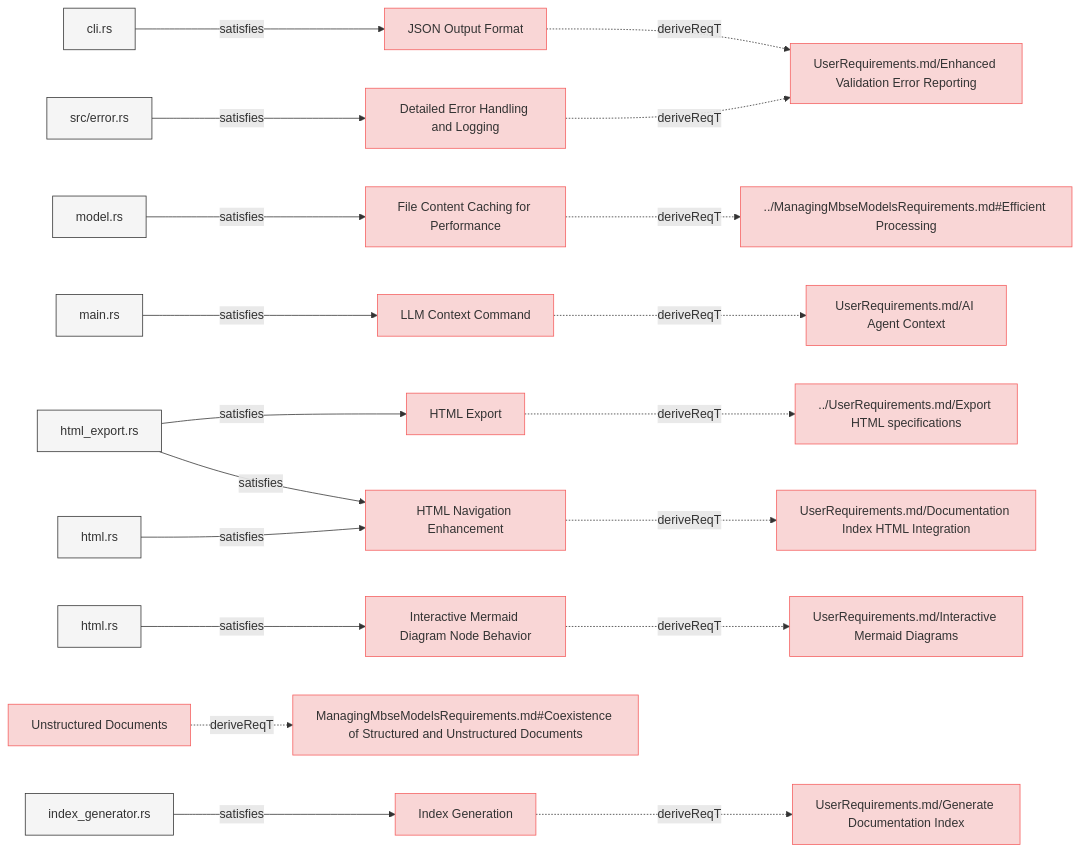
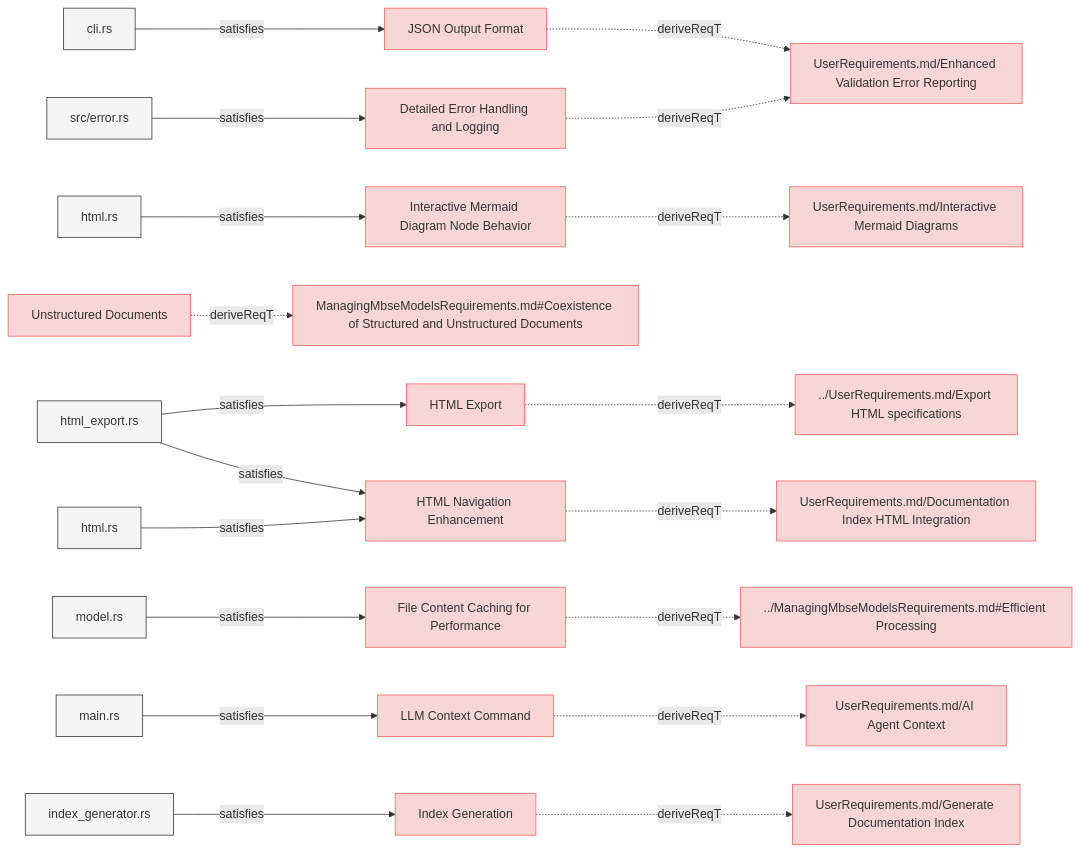
One commit to reqvire-org/reqvire changed the third of 8 diagrams in specifications/SystemRequirements/Requirements.md. Above: the diagram before and after it, drawn with Mermaid. The commit also changed other lines of this file and 21 other files, not shown here.

````diff
--- a/specifications/SystemRequirements/Requirements.md
+++ b/specifications/SystemRequirements/Requirements.md
@@ -236,97 +236,97 @@
   classDef externalLink fill:#d0e0ff,stroke:#3080ff,stroke-width:1px;
   classDef default fill:#f5f5f5,stroke:#333333,stroke-width:1px;
 
-  34955d64b2f2498a["JSON Output Format"];
-  click 34955d64b2f2498a "https://github.com/ilijaljubicic/Reqvire/blob/8a68ca1eab81bac7964085e47777a0a92447c6a5/specifications/SystemRequirements/Requirements.md#json-output-format";
-  class 34955d64b2f2498a requirement;
-  20193d4c951bb5d8["UserRequirements.md/Enhanced Validation Error Reporting"];
-  class 20193d4c951bb5d8 requirement;
-  click 20193d4c951bb5d8 "https://github.com/ilijaljubicic/Reqvire/blob/8a68ca1eab81bac7964085e47777a0a92447c6a5/specifications/UserRequirements.md#enhanced-validation-error-reporting";
-  34955d64b2f2498a -.->|deriveReqT| 20193d4c951bb5d8;
-  5fe26772336463bc["cli.rs"];
-  class 5fe26772336463bc default;
-  click 5fe26772336463bc "https://github.com/ilijaljubicic/Reqvire/blob/8a68ca1eab81bac7964085e47777a0a92447c6a5/cli/src/cli.rs";
-  5fe26772336463bc -->|satisfies| 34955d64b2f2498a;
-  d0ab992050899c65["Detailed Error Handling and Logging"];
-  click d0ab992050899c65 "https://github.com/ilijaljubicic/Reqvire/blob/8a68ca1eab81bac7964085e47777a0a92447c6a5/specifications/SystemRequirements/Requirements.md#detailed-error-handling-and-logging";
-  class d0ab992050899c65 requirement;
-  d0ab992050899c65 -.->|deriveReqT| 20193d4c951bb5d8;
-  7d8c02914ff6562f["src/error.rs"];
-  class 7d8c02914ff6562f default;
-  click 7d8c02914ff6562f "https://github.com/ilijaljubicic/Reqvire/blob/8a68ca1eab81bac7964085e47777a0a92447c6a5/core/src/error.rs";
-  7d8c02914ff6562f -->|satisfies| d0ab992050899c65;
-  6fda52e049427373["File Content Caching for Performance"];
-  click 6fda52e049427373 "https://github.com/ilijaljubicic/Reqvire/blob/8a68ca1eab81bac7964085e47777a0a92447c6a5/specifications/SystemRequirements/Requirements.md#file-content-caching-for-performance";
-  class 6fda52e049427373 requirement;
-  b6c8faf2d138c14a["../ManagingMbseModelsRequirements.md#Efficient Processing"];
-  class b6c8faf2d138c14a requirement;
-  click b6c8faf2d138c14a "https://github.com/ilijaljubicic/Reqvire/blob/8a68ca1eab81bac7964085e47777a0a92447c6a5/specifications/ManagingMbseModelsRequirements.md#efficient-processing";
-  6fda52e049427373 -.->|deriveReqT| b6c8faf2d138c14a;
-  2671722513a08b18["model.rs"];
-  class 2671722513a08b18 default;
-  click 2671722513a08b18 "https://github.com/ilijaljubicic/Reqvire/blob/8a68ca1eab81bac7964085e47777a0a92447c6a5/core/src/model.rs";
-  2671722513a08b18 -->|satisfies| 6fda52e049427373;
-  9bd5bfd010597a61["LLM Context Command"];
-  click 9bd5bfd010597a61 "https://github.com/ilijaljubicic/Reqvire/blob/8a68ca1eab81bac7964085e47777a0a92447c6a5/specifications/SystemRequirements/Requirements.md#llm-context-command";
-  class 9bd5bfd010597a61 requirement;
-  c5fffc3cd9f22134["UserRequirements.md/AI Agent Context"];
-  class c5fffc3cd9f22134 requirement;
-  click c5fffc3cd9f22134 "https://github.com/ilijaljubicic/Reqvire/blob/8a68ca1eab81bac7964085e47777a0a92447c6a5/specifications/UserRequirements.md#ai-agent-context";
-  9bd5bfd010597a61 -.->|deriveReqT| c5fffc3cd9f22134;
-  f6af4e23e0321ea9["main.rs"];
-  class f6af4e23e0321ea9 default;
-  click f6af4e23e0321ea9 "https://github.com/ilijaljubicic/Reqvire/blob/8a68ca1eab81bac7964085e47777a0a92447c6a5/cli/src/main.rs";
-  f6af4e23e0321ea9 -->|satisfies| 9bd5bfd010597a61;
-  e0125fd451efef8b["HTML Export"];
-  click e0125fd451efef8b "https://github.com/ilijaljubicic/Reqvire/blob/8a68ca1eab81bac7964085e47777a0a92447c6a5/specifications/SystemRequirements/Requirements.md#html-export";
-  class e0125fd451efef8b requirement;
-  6424b4fd0b132482["../UserRequirements.md/Export HTML specifications"];
-  class 6424b4fd0b132482 requirement;
-  click 6424b4fd0b132482 "https://github.com/ilijaljubicic/Reqvire/blob/8a68ca1eab81bac7964085e47777a0a92447c6a5/specifications/UserRequirements.md#export-html-specifications";
-  e0125fd451efef8b -.->|deriveReqT| 6424b4fd0b132482;
-  263d4f4f6c5b0e15["html_export.rs"];
-  class 263d4f4f6c5b0e15 default;
-  click 263d4f4f6c5b0e15 "https://github.com/ilijaljubicic/Reqvire/blob/8a68ca1eab81bac7964085e47777a0a92447c6a5/core/src/html_export.rs";
-  263d4f4f6c5b0e15 -->|satisfies| e0125fd451efef8b;
-  d0f717482d447c04["Interactive Mermaid Diagram Node Behavior"];
-  click d0f717482d447c04 "https://github.com/ilijaljubicic/Reqvire/blob/8a68ca1eab81bac7964085e47777a0a92447c6a5/specifications/SystemRequirements/Requirements.md#interactive-mermaid-diagram-node-behavior";
-  class d0f717482d447c04 requirement;
-  33a6290c04810f44["UserRequirements.md/Interactive Mermaid Diagrams"];
-  class 33a6290c04810f44 requirement;
-  click 33a6290c04810f44 "https://github.com/ilijaljubicic/Reqvire/blob/8a68ca1eab81bac7964085e47777a0a92447c6a5/specifications/UserRequirements.md#interactive-mermaid-diagrams";
-  d0f717482d447c04 -.->|deriveReqT| 33a6290c04810f44;
-  e29a97d68903e7bb["html.rs"];
-  class e29a97d68903e7bb default;
-  click e29a97d68903e7bb "https://github.com/ilijaljubicic/Reqvire/blob/8a68ca1eab81bac7964085e47777a0a92447c6a5/core/src/diagrams.rs";
-  e29a97d68903e7bb -->|satisfies| d0f717482d447c04;
-  eae22c5060352d6f["HTML Navigation Enhancement"];
-  click eae22c5060352d6f "https://github.com/ilijaljubicic/Reqvire/blob/8a68ca1eab81bac7964085e47777a0a92447c6a5/specifications/SystemRequirements/Requirements.md#html-navigation-enhancement";
-  class eae22c5060352d6f requirement;
-  3197771fa6f58185["UserRequirements.md/Documentation Index HTML Integration"];
-  class 3197771fa6f58185 requirement;
-  click 3197771fa6f58185 "https://github.com/ilijaljubicic/Reqvire/blob/8a68ca1eab81bac7964085e47777a0a92447c6a5/specifications/UserRequirements.md#documentation-index-html-integration";
-  eae22c5060352d6f -.->|deriveReqT| 3197771fa6f58185;
-  49d2748b5e210381["html.rs"];
-  class 49d2748b5e210381 default;
-  click 49d2748b5e210381 "https://github.com/ilijaljubicic/Reqvire/blob/8a68ca1eab81bac7964085e47777a0a92447c6a5/core/src/html.rs";
-  49d2748b5e210381 -->|satisfies| eae22c5060352d6f;
-  263d4f4f6c5b0e15 -->|satisfies| eae22c5060352d6f;
-  d6a1fbde09883ed0["Unstructured Documents"];
-  click d6a1fbde09883ed0 "https://github.com/ilijaljubicic/Reqvire/blob/8a68ca1eab81bac7964085e47777a0a92447c6a5/specifications/SystemRequirements/Requirements.md#unstructured-documents";
-  class d6a1fbde09883ed0 requirement;
-  a67f325ec6416b1d["ManagingMbseModelsRequirements.md#Coexistence of Structured and Unstructured Documents"];
-  class a67f325ec6416b1d requirement;
-  click a67f325ec6416b1d "https://github.com/ilijaljubicic/Reqvire/blob/8a68ca1eab81bac7964085e47777a0a92447c6a5/specifications/ManagingMbseModelsRequirements.md#coexistence-of-structured-and-unstructured-documents";
-  d6a1fbde09883ed0 -.->|deriveReqT| a67f325ec6416b1d;
-  ca07c1345af51729["Index Generation"];
-  click ca07c1345af51729 "https://github.com/ilijaljubicic/Reqvire/blob/8a68ca1eab81bac7964085e47777a0a92447c6a5/specifications/SystemRequirements/Requirements.md#index-generation";
-  class ca07c1345af51729 requirement;
-  a0f45824211bff87["UserRequirements.md/Generate Documentation Index"];
-  class a0f45824211bff87 requirement;
-  click a0f45824211bff87 "https://github.com/ilijaljubicic/Reqvire/blob/8a68ca1eab81bac7964085e47777a0a92447c6a5/specifications/UserRequirements.md#generate-documentation-index";
-  ca07c1345af51729 -.->|deriveReqT| a0f45824211bff87;
-  770285ae87065aa3["index_generator.rs"];
-  class 770285ae87065aa3 default;
-  click 770285ae87065aa3 "https://github.com/ilijaljubicic/Reqvire/blob/8a68ca1eab81bac7964085e47777a0a92447c6a5/core/src/index_generator.rs";
-  770285ae87065aa3 -->|satisfies| ca07c1345af51729;
+  bf6c9ff8abbc637b["JSON Output Format"];
+  click bf6c9ff8abbc637b "https://github.com/Reqvire/reqvire/blob/f18e52f9f88c64f67a79abc4e93eb74b3ec22615/specifications/SystemRequirements/Requirements.md#json-output-format";
+  class bf6c9ff8abbc637b requirement;
+  3d2fe0b05ff9c8e3["UserRequirements.md/Enhanced Validation Error Reporting"];
+  class 3d2fe0b05ff9c8e3 requirement;
+  click 3d2fe0b05ff9c8e3 "https://github.com/Reqvire/reqvire/blob/f18e52f9f88c64f67a79abc4e93eb74b3ec22615/specifications/UserRequirements.md#enhanced-validation-error-reporting";
+  bf6c9ff8abbc637b -.->|deriveReqT| 3d2fe0b05ff9c8e3;
+  2f21d2133dbfd205["cli.rs"];
+  class 2f21d2133dbfd205 default;
+  click 2f21d2133dbfd205 "https://github.com/Reqvire/reqvire/blob/f18e52f9f88c64f67a79abc4e93eb74b3ec22615/cli/src/cli.rs";
+  2f21d2133dbfd205 -->|satisfies| bf6c9ff8abbc637b;
+  a17b8052345712d7["Interactive Mermaid Diagram Node Behavior"];
+  click a17b8052345712d7 "https://github.com/Reqvire/reqvire/blob/f18e52f9f88c64f67a79abc4e93eb74b3ec22615/specifications/SystemRequirements/Requirements.md#interactive-mermaid-diagram-node-behavior";
+  class a17b8052345712d7 requirement;
+  b8997351b6f34048["UserRequirements.md/Interactive Mermaid Diagrams"];
+  class b8997351b6f34048 requirement;
+  click b8997351b6f34048 "https://github.com/Reqvire/reqvire/blob/f18e52f9f88c64f67a79abc4e93eb74b3ec22615/specifications/UserRequirements.md#interactive-mermaid-diagrams";
+  a17b8052345712d7 -.->|deriveReqT| b8997351b6f34048;
+  95f7dce6aff47396["html.rs"];
+  class 95f7dce6aff47396 default;
+  click 95f7dce6aff47396 "https://github.com/Reqvire/reqvire/blob/f18e52f9f88c64f67a79abc4e93eb74b3ec22615/core/src/diagrams.rs";
+  95f7dce6aff47396 -->|satisfies| a17b8052345712d7;
+  a2b1d4ec64cbd441["HTML Export"];
+  click a2b1d4ec64cbd441 "https://github.com/Reqvire/reqvire/blob/f18e52f9f88c64f67a79abc4e93eb74b3ec22615/specifications/SystemRequirements/Requirements.md#html-export";
+  class a2b1d4ec64cbd441 requirement;
+  d9686a154fe87b2["../UserRequirements.md/Export HTML specifications"];
+  class d9686a154fe87b2 requirement;
+  click d9686a154fe87b2 "https://github.com/Reqvire/reqvire/blob/f18e52f9f88c64f67a79abc4e93eb74b3ec22615/specifications/UserRequirements.md#export-html-specifications";
+  a2b1d4ec64cbd441 -.->|deriveReqT| d9686a154fe87b2;
+  5dbf1a3141d3defb["html_export.rs"];
+  class 5dbf1a3141d3defb default;
+  click 5dbf1a3141d3defb "https://github.com/Reqvire/reqvire/blob/f18e52f9f88c64f67a79abc4e93eb74b3ec22615/core/src/html_export.rs";
+  5dbf1a3141d3defb -->|satisfies| a2b1d4ec64cbd441;
+  ea45d7ea45c8ee7e["File Content Caching for Performance"];
+  click ea45d7ea45c8ee7e "https://github.com/Reqvire/reqvire/blob/f18e52f9f88c64f67a79abc4e93eb74b3ec22615/specifications/SystemRequirements/Requirements.md#file-content-caching-for-performance";
+  class ea45d7ea45c8ee7e requirement;
+  386d7b145d008870["../ManagingMbseModelsRequirements.md#Efficient Processing"];
+  class 386d7b145d008870 requirement;
+  click 386d7b145d008870 "https://github.com/Reqvire/reqvire/blob/f18e52f9f88c64f67a79abc4e93eb74b3ec22615/specifications/ManagingMbseModelsRequirements.md#efficient-processing";
+  ea45d7ea45c8ee7e -.->|deriveReqT| 386d7b145d008870;
+  36fd2b1e82621caf["model.rs"];
+  class 36fd2b1e82621caf default;
+  click 36fd2b1e82621caf "https://github.com/Reqvire/reqvire/blob/f18e52f9f88c64f67a79abc4e93eb74b3ec22615/core/src/model.rs";
+  36fd2b1e82621caf -->|satisfies| ea45d7ea45c8ee7e;
+  3f1abb8fd2d7c9c2["Unstructured Documents"];
+  click 3f1abb8fd2d7c9c2 "https://github.com/Reqvire/reqvire/blob/f18e52f9f88c64f67a79abc4e93eb74b3ec22615/specifications/SystemRequirements/Requirements.md#unstructured-documents";
+  class 3f1abb8fd2d7c9c2 requirement;
+  da5831ca85881025["ManagingMbseModelsRequirements.md#Coexistence of Structured and Unstructured Documents"];
+  class da5831ca85881025 requirement;
+  click da5831ca85881025 "https://github.com/Reqvire/reqvire/blob/f18e52f9f88c64f67a79abc4e93eb74b3ec22615/specifications/ManagingMbseModelsRequirements.md#coexistence-of-structured-and-unstructured-documents";
+  3f1abb8fd2d7c9c2 -.->|deriveReqT| da5831ca85881025;
+  d177913fffd1ed11["LLM Context Command"];
+  click d177913fffd1ed11 "https://github.com/Reqvire/reqvire/blob/f18e52f9f88c64f67a79abc4e93eb74b3ec22615/specifications/SystemRequirements/Requirements.md#llm-context-command";
+  class d177913fffd1ed11 requirement;
+  7fd9156eac77c270["UserRequirements.md/AI Agent Context"];
+  class 7fd9156eac77c270 requirement;
+  click 7fd9156eac77c270 "https://github.com/Reqvire/reqvire/blob/f18e52f9f88c64f67a79abc4e93eb74b3ec22615/specifications/UserRequirements.md#ai-agent-context";
+  d177913fffd1ed11 -.->|deriveReqT| 7fd9156eac77c270;
+  615a0f4ad2620118["main.rs"];
+  class 615a0f4ad2620118 default;
+  click 615a0f4ad2620118 "https://github.com/Reqvire/reqvire/blob/f18e52f9f88c64f67a79abc4e93eb74b3ec22615/cli/src/main.rs";
+  615a0f4ad2620118 -->|satisfies| d177913fffd1ed11;
+  d72f6096b9a5dd8e["Detailed Error Handling and Logging"];
+  click d72f6096b9a5dd8e "https://github.com/Reqvire/reqvire/blob/f18e52f9f88c64f67a79abc4e93eb74b3ec22615/specifications/SystemRequirements/Requirements.md#detailed-error-handling-and-logging";
+  class d72f6096b9a5dd8e requirement;
+  d72f6096b9a5dd8e -.->|deriveReqT| 3d2fe0b05ff9c8e3;
+  af1374ae222fbd72["src/error.rs"];
+  class af1374ae222fbd72 default;
+  click af1374ae222fbd72 "https://github.com/Reqvire/reqvire/blob/f18e52f9f88c64f67a79abc4e93eb74b3ec22615/core/src/error.rs";
+  af1374ae222fbd72 -->|satisfies| d72f6096b9a5dd8e;
+  3b4bfa0725509a0e["Index Generation"];
+  click 3b4bfa0725509a0e "https://github.com/Reqvire/reqvire/blob/f18e52f9f88c64f67a79abc4e93eb74b3ec22615/specifications/SystemRequirements/Requirements.md#index-generation";
+  class 3b4bfa0725509a0e requirement;
+  9019be8bfdc22b35["UserRequirements.md/Generate Documentation Index"];
+  class 9019be8bfdc22b35 requirement;
+  click 9019be8bfdc22b35 "https://github.com/Reqvire/reqvire/blob/f18e52f9f88c64f67a79abc4e93eb74b3ec22615/specifications/UserRequirements.md#generate-documentation-index";
+  3b4bfa0725509a0e -.->|deriveReqT| 9019be8bfdc22b35;
+  3461f4a59371fd45["index_generator.rs"];
+  class 3461f4a59371fd45 default;
+  click 3461f4a59371fd45 "https://github.com/Reqvire/reqvire/blob/f18e52f9f88c64f67a79abc4e93eb74b3ec22615/core/src/index_generator.rs";
+  3461f4a59371fd45 -->|satisfies| 3b4bfa0725509a0e;
+  1550bb73b8029cb["HTML Navigation Enhancement"];
+  click 1550bb73b8029cb "https://github.com/Reqvire/reqvire/blob/f18e52f9f88c64f67a79abc4e93eb74b3ec22615/specifications/SystemRequirements/Requirements.md#html-navigation-enhancement";
+  class 1550bb73b8029cb requirement;
+  b5146db7aedfd66["UserRequirements.md/Documentation Index HTML Integration"];
+  class b5146db7aedfd66 requirement;
+  click b5146db7aedfd66 "https://github.com/Reqvire/reqvire/blob/f18e52f9f88c64f67a79abc4e93eb74b3ec22615/specifications/UserRequirements.md#documentation-index-html-integration";
+  1550bb73b8029cb -.->|deriveReqT| b5146db7aedfd66;
+  59e3b5b3087497da["html.rs"];
+  class 59e3b5b3087497da default;
+  click 59e3b5b3087497da "https://github.com/Reqvire/reqvire/blob/f18e52f9f88c64f67a79abc4e93eb74b3ec22615/core/src/html.rs";
+  59e3b5b3087497da -->|satisfies| 1550bb73b8029cb;
+  5dbf1a3141d3defb -->|satisfies| 1550bb73b8029cb;
 ```
````
